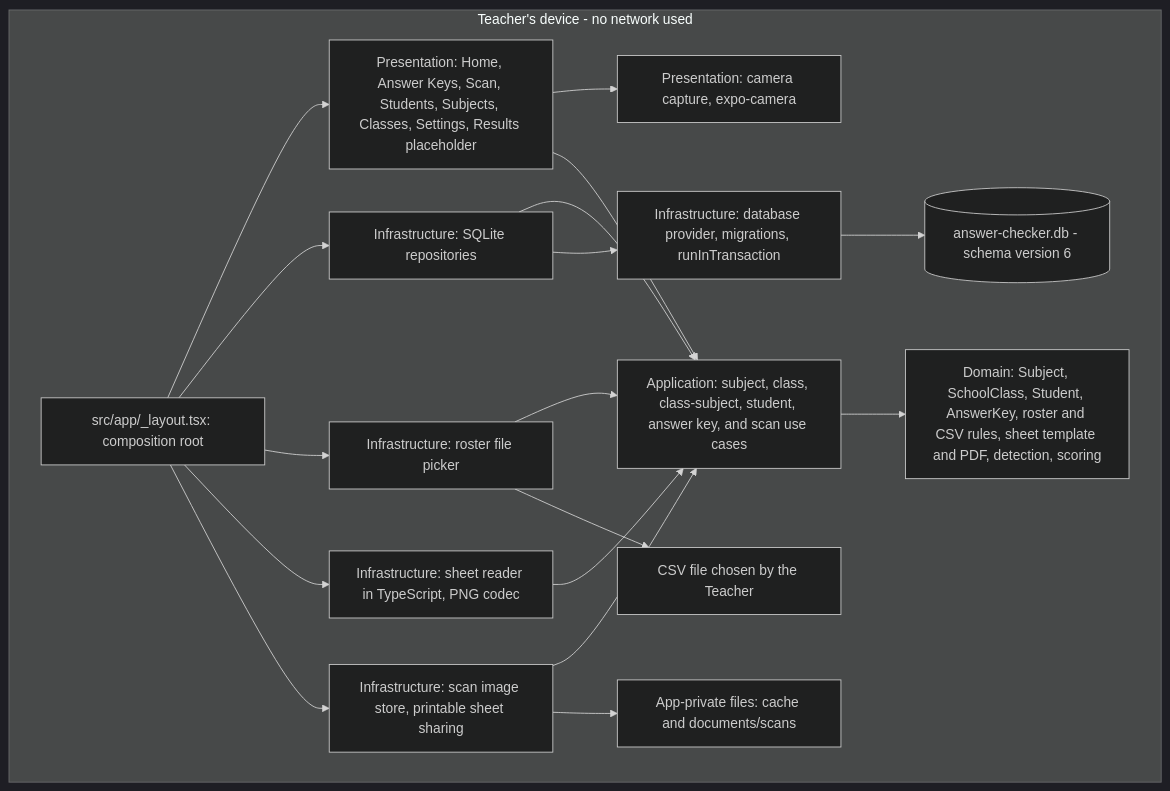
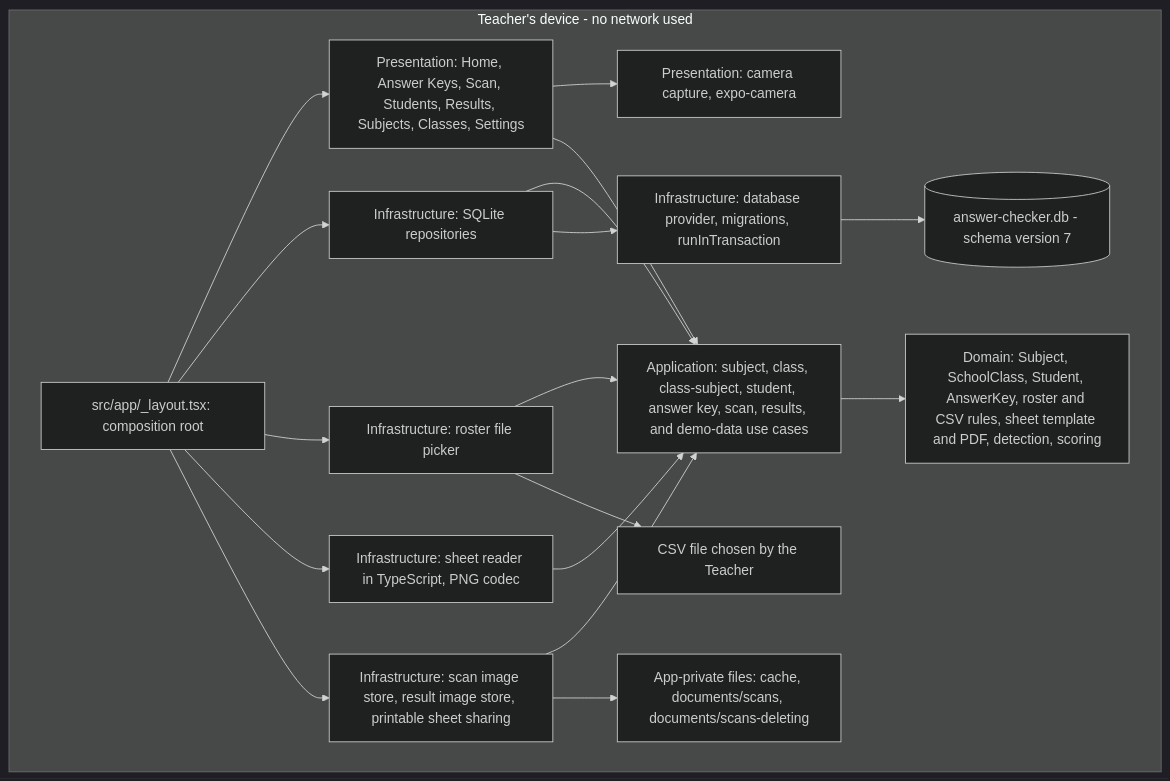
The first of 13 diagrams in docs/diagrams.md (nicolaseugenio2022-cyber/answer-checker), drawn with Mermaid (dark theme) before and after one commit. The commit also changed other lines of this file and 5 other files, not shown here.

Commit message:
docs: synchronize documentation with schema version 7 and Results

````diff
--- a/docs/diagrams.md
+++ b/docs/diagrams.md
@@ -11,35 +11,35 @@
 ```mermaid
 flowchart TD
     subgraph Device["Teacher's device - no network used"]
         ROOT["src/app/_layout.tsx: composition root"]
-        UI["Presentation: Home, Answer Keys, Scan, Students, Subjects, Classes, Settings, Results placeholder"]
+        UI["Presentation: Home, Answer Keys, Scan, Students, Results, Subjects, Classes, Settings"]
         CAM["Presentation: camera capture, expo-camera"]
-        UC["Application: subject, class, class-subject, student, answer key, and scan use cases"]
+        UC["Application: subject, class, class-subject, student, answer key, scan, results, and demo-data use cases"]
         DOMAIN["Domain: Subject, SchoolClass, Student, AnswerKey, roster and CSV rules, sheet template and PDF, detection, scoring"]
         REPO["Infrastructure: SQLite repositories"]
         FILES["Infrastructure: roster file picker"]
         OMR["Infrastructure: sheet reader in TypeScript, PNG codec"]
-        IMAGES["Infrastructure: scan image store, printable sheet sharing"]
+        IMAGES["Infrastructure: scan image store, result image store, printable sheet sharing"]
         CORE["Infrastructure: database provider, migrations, runInTransaction"]
-        DB[("answer-checker.db - schema version 6")]
+        DB[("answer-checker.db - schema version 7")]
         CSV["CSV file chosen by the Teacher"]
-        STORE["App-private files: cache and documents/scans"]
+        STORE["App-private files: cache, documents/scans, documents/scans-deleting"]
     end
 
     ROOT --> UI
     ROOT --> REPO
     ROOT --> FILES
     ROOT --> OMR
     ROOT --> IMAGES
     UI --> CAM
     UI --> UC
     UC --> DOMAIN
     REPO --> UC
     FILES --> UC
     OMR --> UC
     IMAGES --> UC
     REPO --> CORE
     CORE --> DB
     FILES --> CSV
     IMAGES --> STORE
 ```
````
